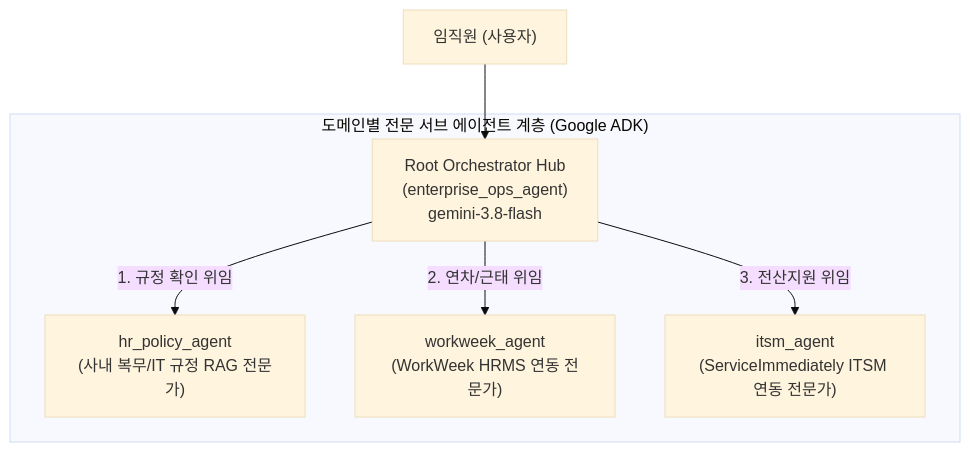
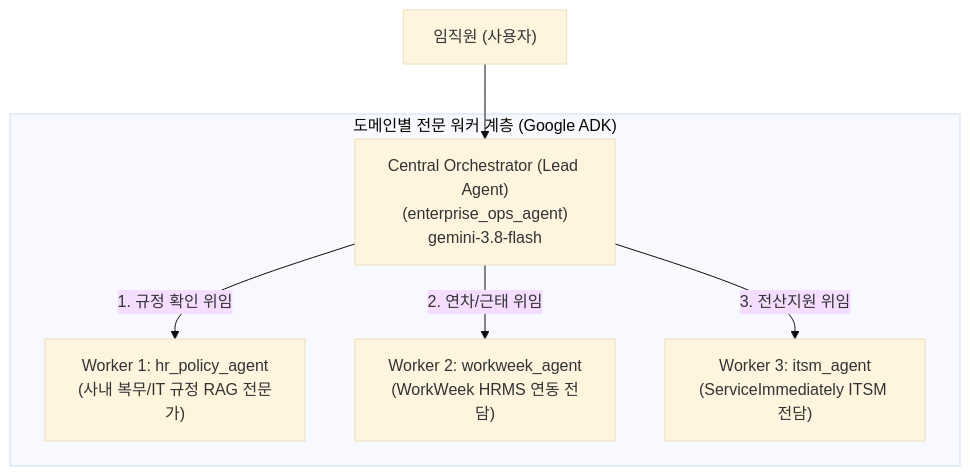
The first of 2 diagrams in lab1/INSTRUCTION.md (hajekim/build-with-gemini), drawn with Mermaid (base theme) before and after one commit. The commit also changed other lines of this file and 3 other files, not shown here.

First line of the commit message:
[Update] Replace all Hub-and-Spoke occurrences with Orchestrator-Worker pattern

````diff
--- a/lab1/INSTRUCTION.md
+++ b/lab1/INSTRUCTION.md
@@ -446,10 +446,10 @@
 ```mermaid
 flowchart TD
-    User["임직원 (사용자)"] --> Hub["Root Orchestrator Hub\n(enterprise_ops_agent)\ngemini-3.8-flash"]
+    User["임직원 (사용자)"] --> Orch["Central Orchestrator (Lead Agent)\n(enterprise_ops_agent)\ngemini-3.8-flash"]
 
-    subgraph Specialist_SubAgents ["도메인별 전문 서브 에이전트 계층 (Google ADK)"]
-        Hub -->|"1. 규정 확인 위임"| Spoke1["hr_policy_agent\n(사내 복무/IT 규정 RAG 전문가)"]
-        Hub -->|"2. 연차/근태 위임"| Spoke2["workweek_agent\n(WorkWeek HRMS 연동 전문가)"]
-        Hub -->|"3. 전산지원 위임"| Spoke3["itsm_agent\n(ServiceImmediately ITSM 연동 전문가)"]
+    subgraph Specialist_Workers ["도메인별 전문 워커 계층 (Google ADK)"]
+        Orch -->|"1. 규정 확인 위임"| W1["Worker 1: hr_policy_agent\n(사내 복무/IT 규정 RAG 전문가)"]
+        Orch -->|"2. 연차/근태 위임"| W2["Worker 2: workweek_agent\n(WorkWeek HRMS 연동 전담)"]
+        Orch -->|"3. 전산지원 위임"| W3["Worker 3: itsm_agent\n(ServiceImmediately ITSM 전담)"]
     end
 ```
````
